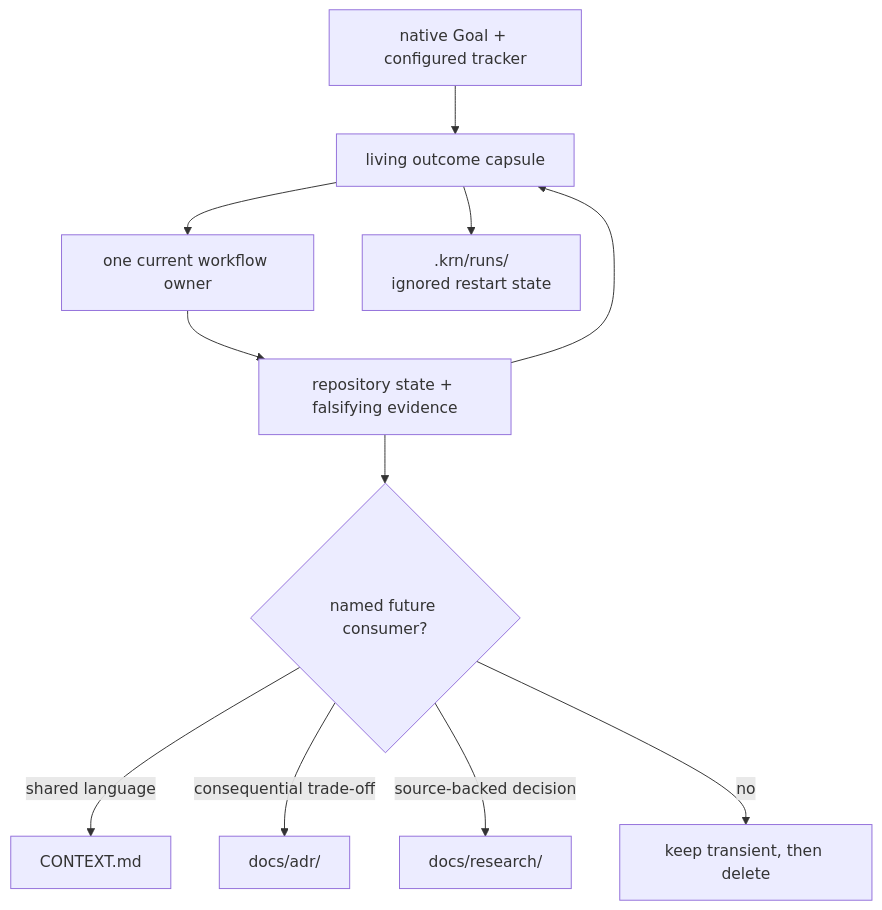
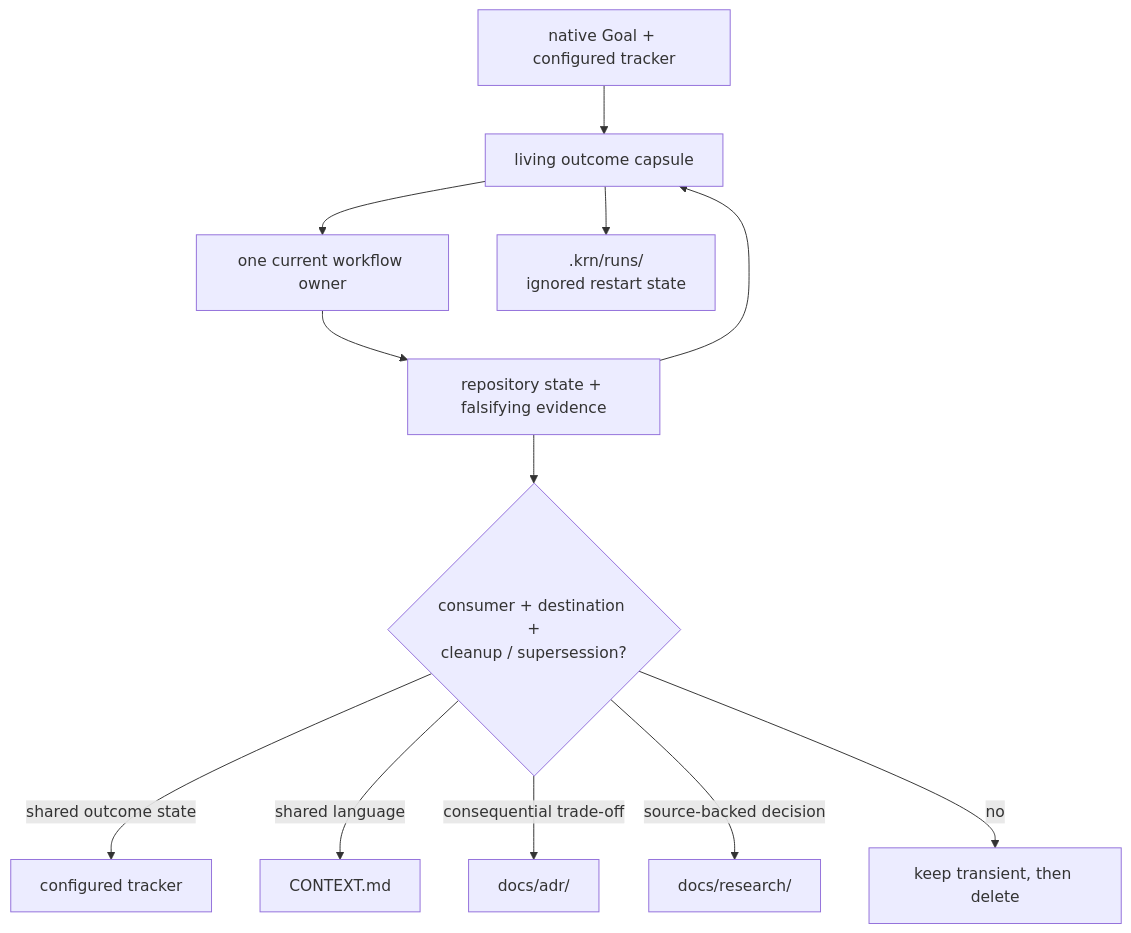
One commit to korneliuszburian/krn-codex-skills changed the second of 2 diagrams in README.md. Above: the diagram before and after it, drawn with Mermaid. The commit also changed other lines of this file and 22 other files, not shown here.

````diff
--- a/README.md
+++ b/README.md
@@ -39,13 +49,14 @@
 ```mermaid
 flowchart TD
   GOAL["native Goal + configured tracker"] --> CAPSULE["living outcome capsule"]
   CAPSULE --> OWNER["one current workflow owner"]
   OWNER --> EVIDENCE["repository state + falsifying evidence"]
   EVIDENCE --> CAPSULE
   CAPSULE --> RUNS[".krn/runs/<br/>ignored restart state"]
-  EVIDENCE --> GATE{"named future consumer?"}
+  EVIDENCE --> GATE{"consumer + destination +<br/>cleanup / supersession?"}
+  GATE -->|shared outcome state| TRACKER["configured tracker"]
   GATE -->|shared language| CONTEXT["CONTEXT.md"]
   GATE -->|consequential trade-off| ADR["docs/adr/"]
   GATE -->|source-backed decision| RESEARCH["docs/research/"]
   GATE -->|no| DELETE["keep transient, then delete"]
 ```
````
